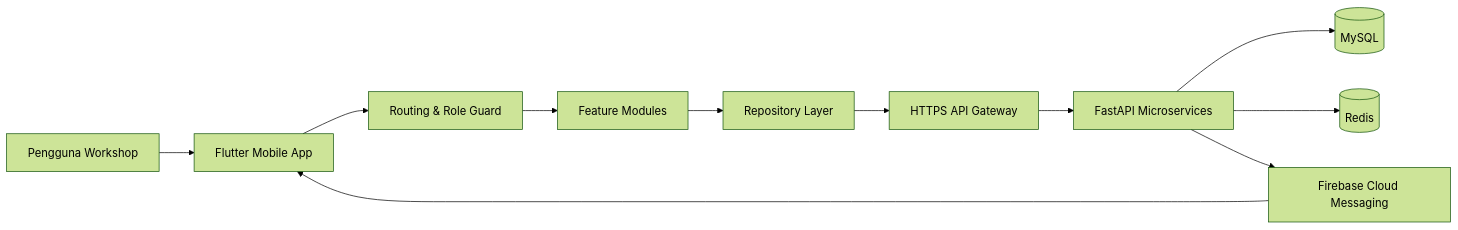
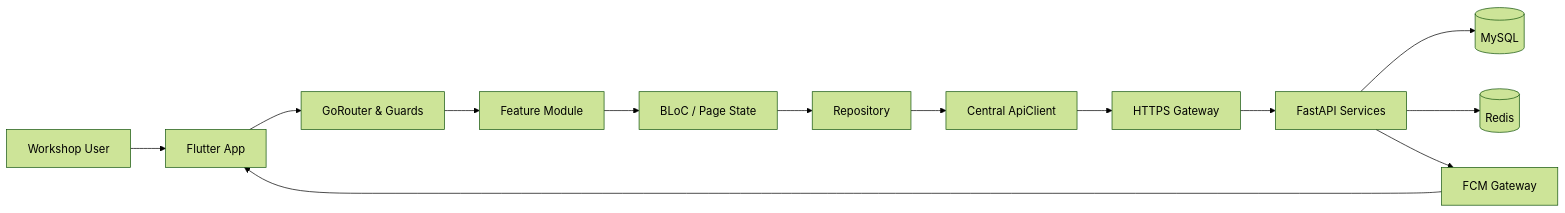
Before and after one commit to StanleyMarthin/sms_mobile: the second of 2 diagrams in README.md, drawn with Mermaid (forest theme). The commit also changed other lines of this file, not shown here.

````diff
--- a/README.md
+++ b/README.md
@@ -100,13 +167,15 @@
 ```mermaid
 flowchart LR
-    User[Pengguna Workshop] --> App[Flutter Mobile App]
-    App --> Router[Routing & Role Guard]
-    Router --> Feature[Feature Modules]
-    Feature --> Repo[Repository Layer]
-    Repo --> API[HTTPS API Gateway]
-    API --> Services[FastAPI Microservices]
+    User[Workshop User] --> App[Flutter App]
+    App --> Router[GoRouter & Guards]
+    Router --> Feature[Feature Module]
+    Feature --> State[BLoC / Page State]
+    State --> Repo[Repository]
+    Repo --> Client[Central ApiClient]
+    Client --> Gateway[HTTPS Gateway]
+    Gateway --> Services[FastAPI Services]
     Services --> DB[(MySQL)]
-    Services --> Cache[(Redis)]
-    Services --> FCM[Firebase Cloud Messaging]
+    Services --> Redis[(Redis)]
+    Services --> FCM[FCM Gateway]
     FCM --> App
 ```
````
